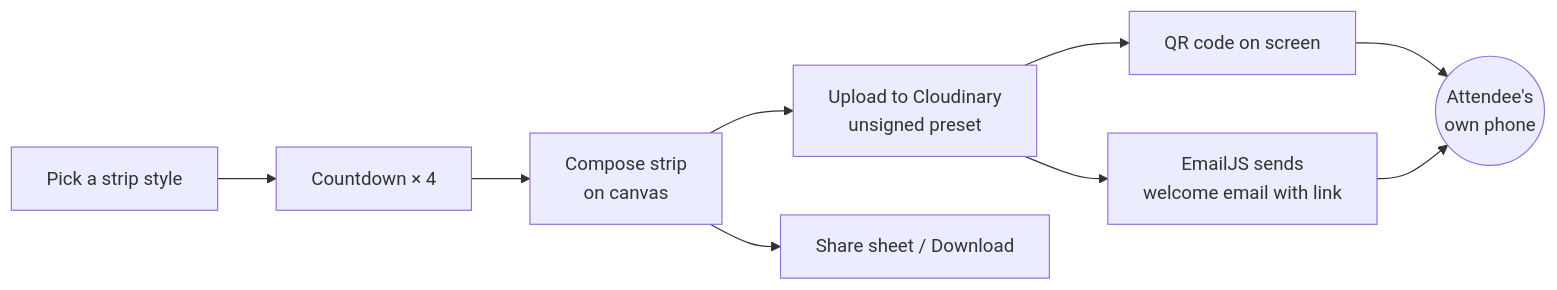
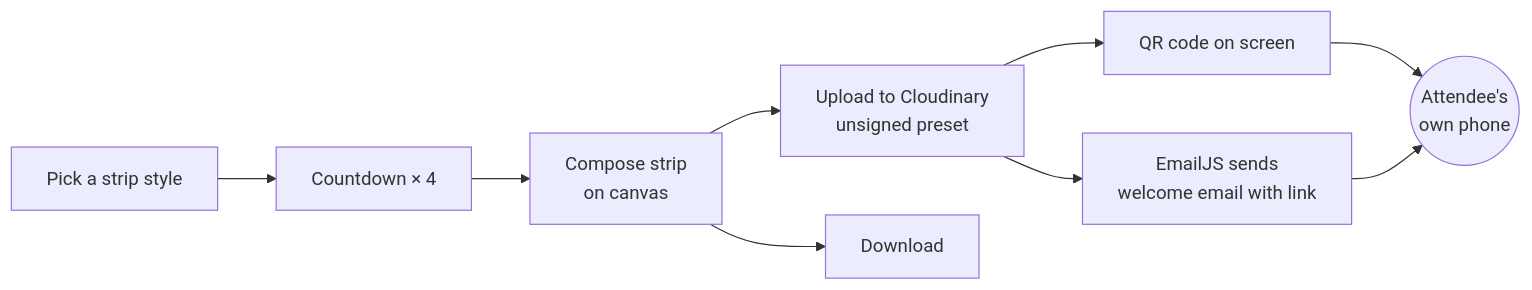
The diagram in README.md (WaasilaAsif/gdg-photobooth), drawn with Mermaid before and after one commit. The commit also changed other lines of this file and 14 other files, not shown here.

````diff
--- a/README.md
+++ b/README.md
@@ -51,11 +53,11 @@
 ```mermaid
 flowchart LR
     A[Pick a strip style] --> B[Countdown × 4]
     B --> C[Compose strip<br/>on canvas]
     C --> D[Upload to Cloudinary<br/>unsigned preset]
     D --> E[QR code on screen]
     D --> F[EmailJS sends<br/>welcome email with link]
-    C --> G[Share sheet / Download]
+    C --> G[Download]
     E --> H((Attendee's<br/>own phone))
     F --> H
 ```
````
